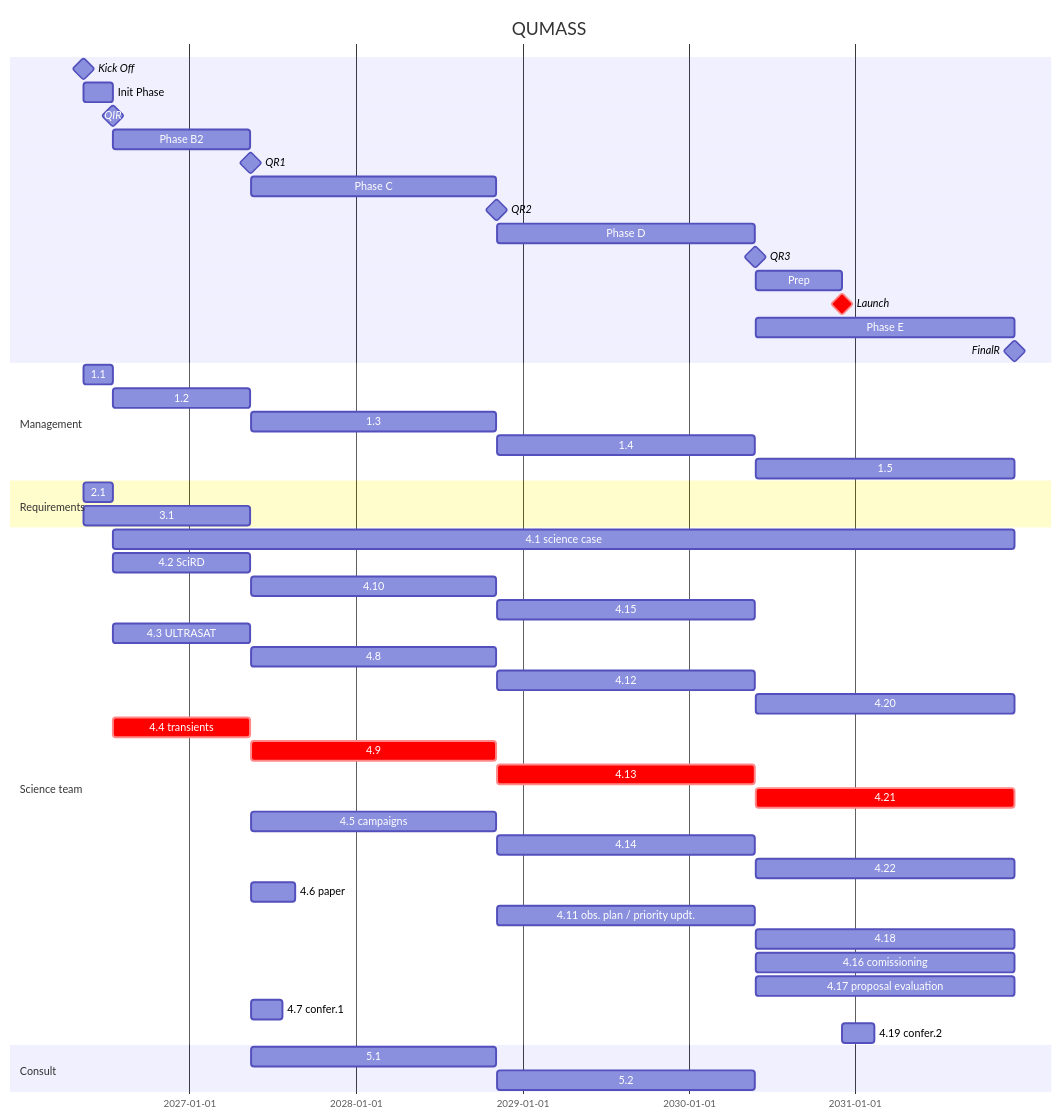
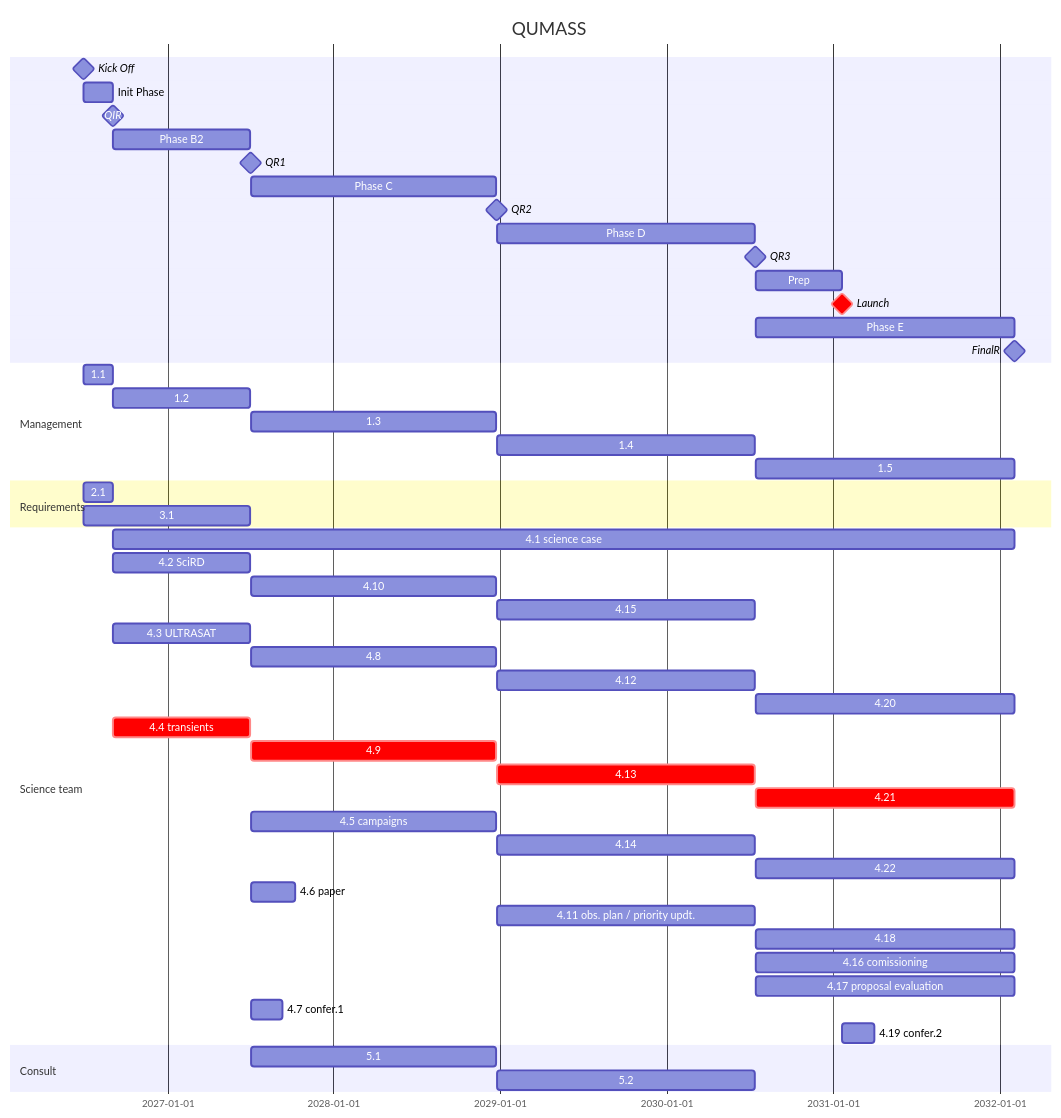
Before and after one commit to limu007/quvik: the diagram in calib/Science.md, drawn with Mermaid.

Commit message:
Update Kick Off milestone date to July 1, 2026

````diff
--- a/calib/Science.md
+++ b/calib/Science.md
@@ -1,55 +1,55 @@
 ```mermaid
 gantt
     title QUMASS
     dateFormat  YYYY-MM-DD
-    Kick Off : milestone, ko, 2026-05-14, 1d
+    Kick Off : milestone, ko, 2026-07-01, 1d
     Init Phase : b1, after ko, 9w
     QIR : milestone, ir, after b1, 1d
     Phase B2 : b2, after ir, 43w
     QR1 : milestone, pdr, after b2, 1d
     Phase C : c1, after pdr, 77w
     QR2 : milestone, cdr, after c1, 1d
     Phase D : d1, after cdr, 81w
     QR3 : milestone, far, after d1, 1d
     Prep : prep, after far, 27w
     Launch : crit, milestone, frr, after prep, 1d
     Phase E : e1, after far, 81w
     FinalR : milestone, fr, after e1, 1d
 
     section Management
     1.1 : after ko, until ir
     1.2 : after ir, until pdr
     1.3 : after pdr, until cdr
     1.4 : after cdr, until far
     1.5 : after far, until fr
     section Requirements
     2.1 : after ko, until ir
     3.1 : after ko, until pdr
     section Science team
     4.1 science case : after ir, until fr
     4.2 SciRD : after ir, until pdr
     4.10 : after pdr, until cdr
     4.15 : after cdr, until far
     4.3 ULTRASAT : after ir, until pdr
     4.8 : after pdr, until cdr
     4.12 : after cdr, until far
     4.20 : after far, until fr
     4.4 transients : crit, after ir, until pdr
     4.9 : crit, after pdr, until cdr
     4.13 : crit, after cdr, until far
     4.21 : crit, after far, until fr
     4.5 campaigns : after pdr, until cdr
     4.14 : after cdr, until far
     4.22 : after far, until fr
     4.6 paper : after pdr, 14w
     4.11 obs. plan / priority updt. : after cdr, until far
     4.18 : after far, until fr
     4.16 comissioning : after far, until fr
     4.17 proposal evaluation : after far, until fr
     4.7 confer.1 : after pdr, 10w
     4.19 confer.2 : after frr, 10w
     section Consult
     5.1 : after pdr, until cdr
     5.2 : after cdr, until far
     
 ```
````
